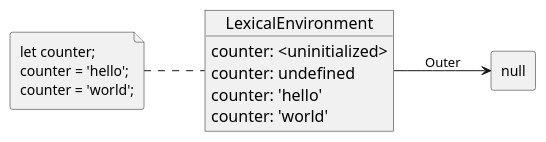
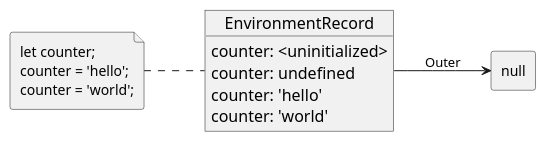
Before and after one commit to znanjie/rerurn-true-to-win: the diagram in static/puml/lexical-var.puml, drawn with PlantUML. The commit also changed 7 other files, not shown here.

```diff
--- a/static/puml/lexical-var.puml
+++ b/static/puml/lexical-var.puml
@@ -1,24 +1,24 @@
 @startuml LexicalEnvironmentVar
 skinparam {
     FileFontSize 14
     ObjectAttributeFontSize 14
     ObjectFontSize 16
 }
 agent agent [
     null
 ]
 file counter [
     let counter;
     counter = 'hello';
     counter = 'world';
 ]
-object LexicalEnvironment
-LexicalEnvironment : counter: <uninitialized>
-LexicalEnvironment : counter: undefined
-LexicalEnvironment : counter: 'hello'
-LexicalEnvironment : counter: 'world'
+object EnvironmentRecord
+EnvironmentRecord : counter: <uninitialized>
+EnvironmentRecord : counter: undefined
+EnvironmentRecord : counter: 'hello'
+EnvironmentRecord : counter: 'world'
 
 left to right direction
-counter .. LexicalEnvironment
-LexicalEnvironment --> agent: Outer
+counter .. EnvironmentRecord
+EnvironmentRecord --> agent: Outer
 @enduml
```
